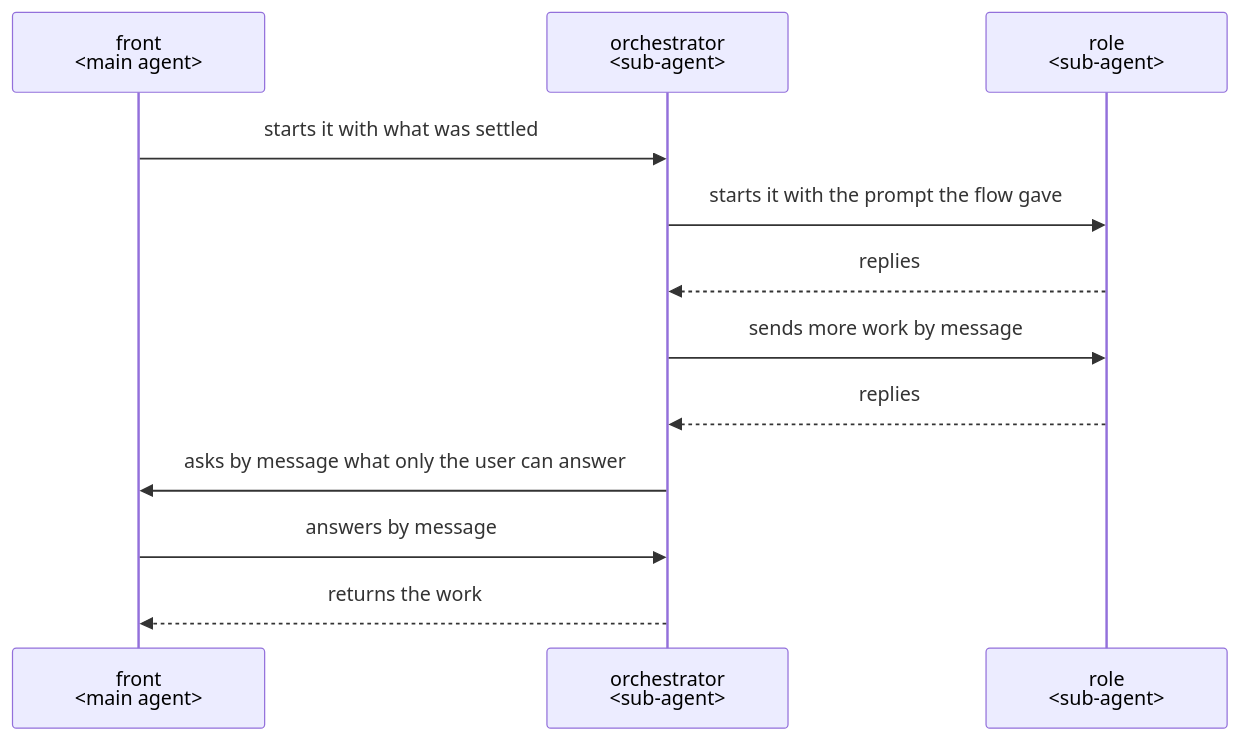
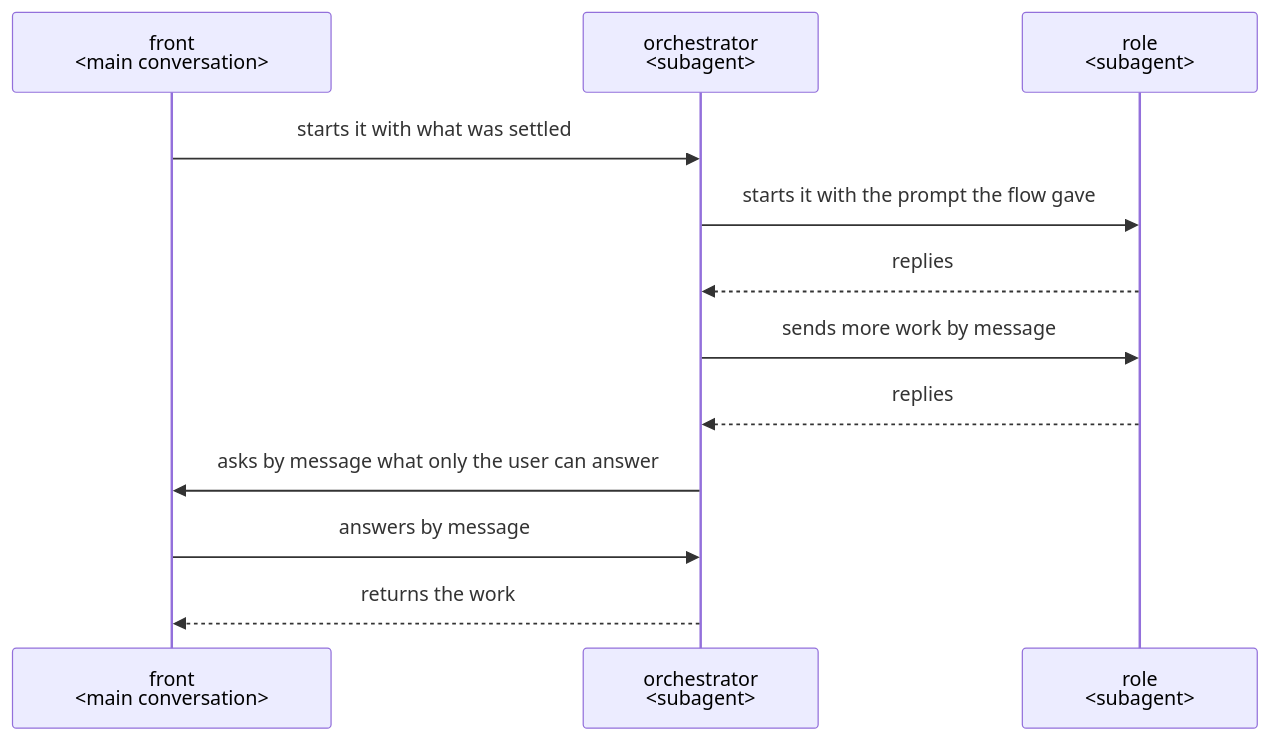
One commit to lovaizu/ccpm changed the second of 2 diagrams in dev/architecture.md. Above: the diagram before and after it, drawn with Mermaid. The commit also changed other lines of this file, not shown here.

First line of the commit message:
How a plugin works: subagent and main conversation, as Claude Code's docs write them

````diff
--- a/dev/architecture.md
+++ b/dev/architecture.md
@@ -96,14 +96,14 @@
 ```mermaid
 sequenceDiagram
-  participant M as front<br/>#lt;main agent#gt;
-  participant O as orchestrator<br/>#lt;sub-agent#gt;
-  participant R as role<br/>#lt;sub-agent#gt;
+  participant M as front<br/>#lt;main conversation#gt;
+  participant O as orchestrator<br/>#lt;subagent#gt;
+  participant R as role<br/>#lt;subagent#gt;
   M->>O: starts it with what was settled
   O->>R: starts it with the prompt the flow gave
   R-->>O: replies
   O->>R: sends more work by message
   R-->>O: replies
   O->>M: asks by message what only the user can answer
   M->>O: answers by message
   O-->>M: returns the work
 ```
````
